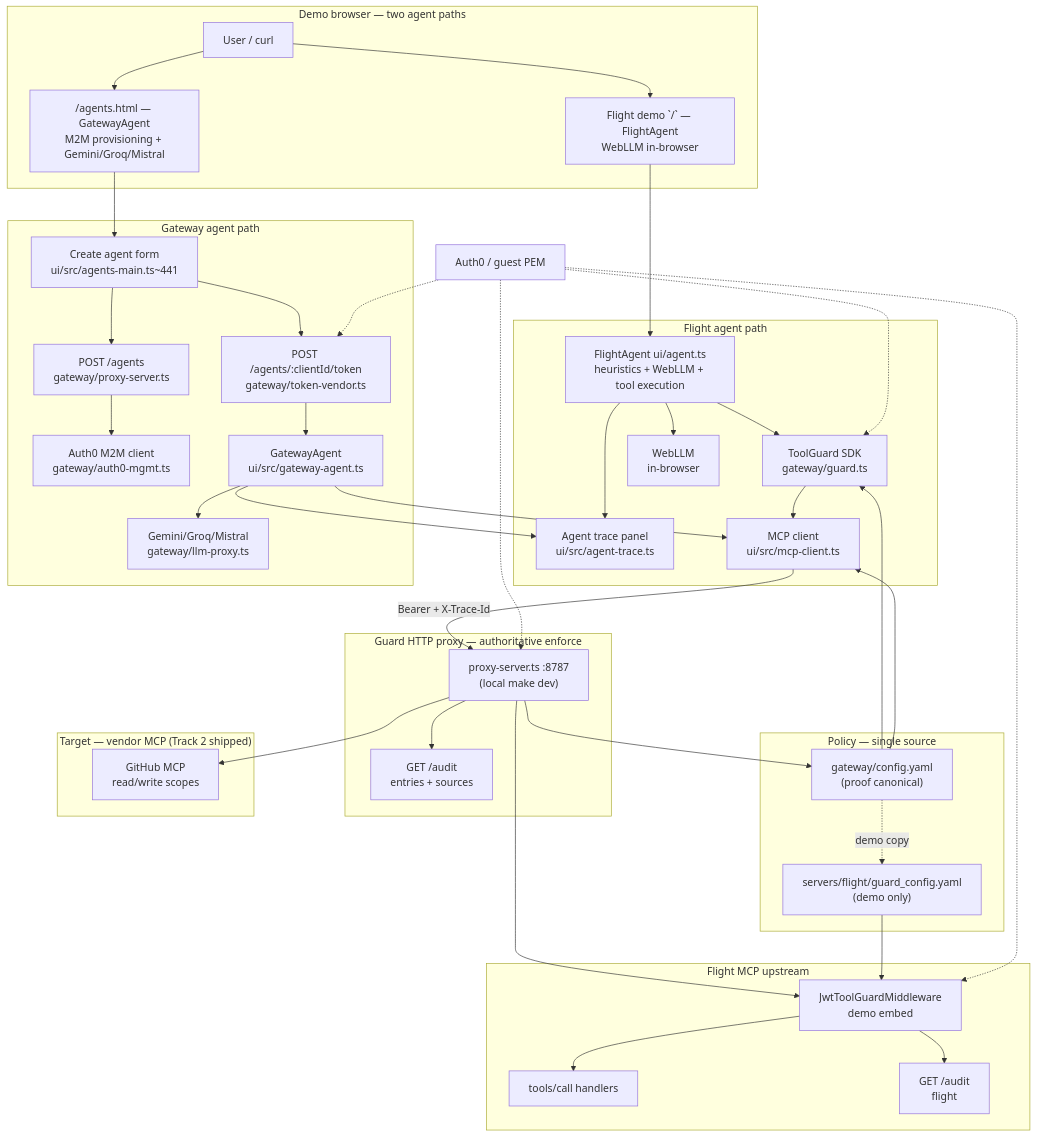
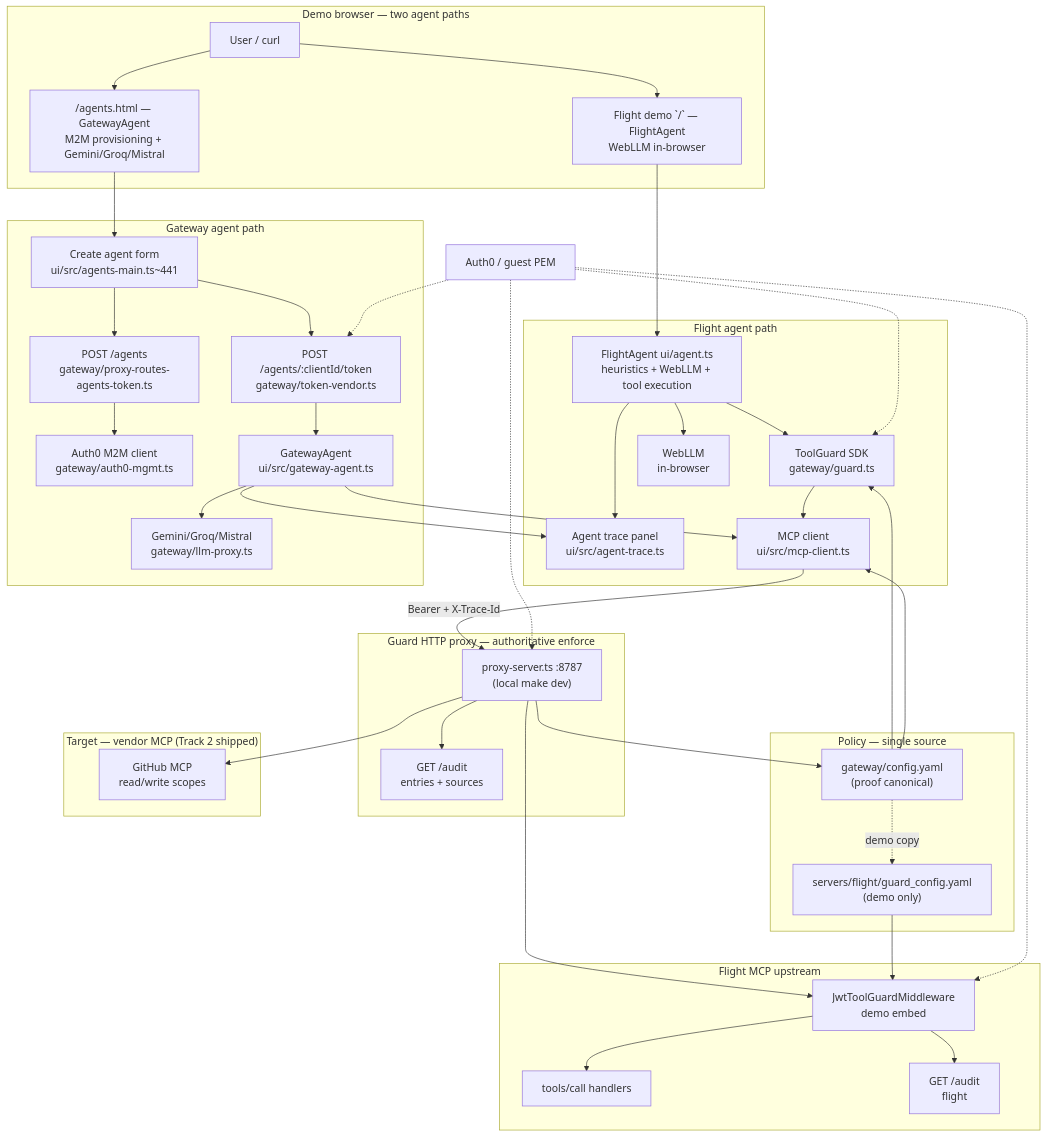
One commit to peterkrentel/mcp-tool-guard changed the first of 4 diagrams in docs/ARCHITECTURE.md. Above: the diagram before and after it, drawn with Mermaid. The commit also changed other lines of this file and 1 other file, not shown here.

Commit message:
Fix architecture route ownership docs

````diff
--- a/docs/ARCHITECTURE.md
+++ b/docs/ARCHITECTURE.md
@@ -11,74 +11,74 @@
 ```mermaid
 flowchart TB
   subgraph demo ["Demo browser — two agent paths"]
     User[User / curl]
     FlightDemo["Flight demo `/` — FlightAgent<br/>WebLLM in-browser"]
     AgentGateway["/agents.html — GatewayAgent<br/>M2M provisioning + Gemini/Groq/Mistral"]
     User --> FlightDemo
     User --> AgentGateway
   end
 
   subgraph flight_path ["Flight agent path"]
     FlightAgent["FlightAgent ui/agent.ts<br/>heuristics + WebLLM + tool execution"]
     TG["ToolGuard SDK<br/>gateway/guard.ts"]
     Trace["Agent trace panel<br/>ui/src/agent-trace.ts"]
     MCPc["MCP client<br/>ui/src/mcp-client.ts"]
     FlightDemo --> FlightAgent
     FlightAgent --> WebLLM["WebLLM<br/>in-browser"]
     FlightAgent --> Trace
     FlightAgent --> TG
     TG --> MCPc
   end
 
   subgraph gateway_path ["Gateway agent path"]
     GatewayUI["Create agent form<br/>ui/src/agents-main.ts~441"]
-    CreateAgent["POST /agents<br/>gateway/proxy-server.ts"]
+    CreateAgent["POST /agents<br/>gateway/proxy-routes-agents-token.ts"]
     VendToken["POST /agents/:clientId/token<br/>gateway/token-vendor.ts"]
     Auth0Client["Auth0 M2M client<br/>gateway/auth0-mgmt.ts"]
     GatewayAgent["GatewayAgent<br/>ui/src/gateway-agent.ts"]
     Gemini["Gemini/Groq/Mistral<br/>gateway/llm-proxy.ts"]
     AgentGateway --> GatewayUI
     GatewayUI --> CreateAgent
     CreateAgent --> Auth0Client
     GatewayUI --> VendToken
     VendToken --> GatewayAgent
     GatewayAgent --> Trace
     GatewayAgent --> Gemini
     GatewayAgent --> MCPc
   end
 
   subgraph policy ["Policy — single source"]
     YAML["gateway/config.yaml<br/>(proof canonical)"]
     YAML --> TG
     YAML --> MCPc
     YAML -.->|demo copy| FlightYaml["servers/flight/guard_config.yaml<br/>(demo only)"]
   end
 
   subgraph proxy ["Guard HTTP proxy — authoritative enforce"]
     Proxy["proxy-server.ts :8787<br/>(local make dev)"]
     ProxyAudit["GET /audit<br/>entries + sources"]
     MCPc -->|Bearer + X-Trace-Id| Proxy
     Proxy --> YAML
     Proxy --> ProxyAudit
   end
 
   subgraph flight ["Flight MCP upstream"]
     MW["JwtToolGuardMiddleware<br/>demo embed"]
     Tools["tools/call handlers"]
     FlightAudit["GET /audit<br/>flight"]
     Proxy --> MW
     MW --> Tools
     MW --> FlightAudit
     FlightYaml --> MW
   end
 
   subgraph vendor ["Target — vendor MCP (Track 2 shipped)"]
     GitHub["GitHub MCP<br/>read/write scopes"]
     Proxy --> GitHub
   end
 
   IdP["Auth0 / guest PEM"] -.-> TG
   IdP -.-> VendToken
   IdP -.-> Proxy
   IdP -.-> MW
 ```
````
